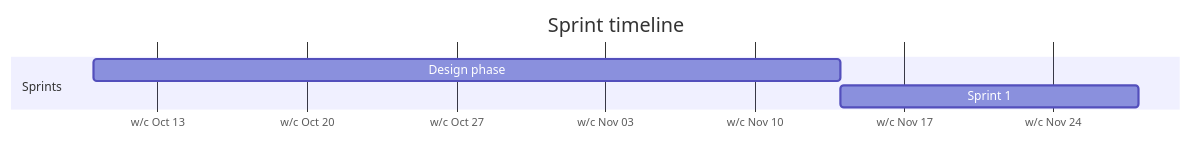
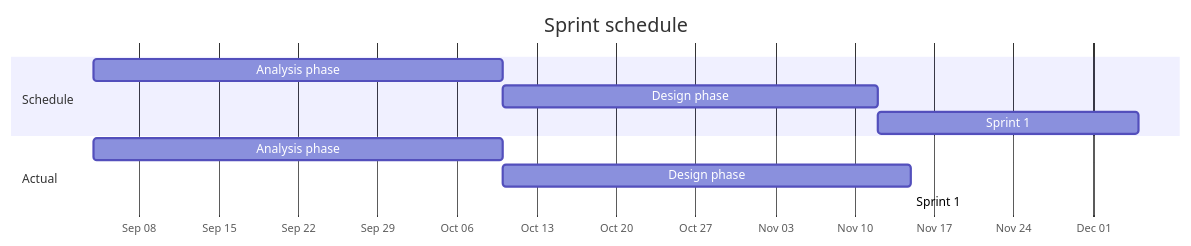
The seventh of 8 diagrams in docs/readme.md (RandomSearch18/a-level-project), drawn with Mermaid before and after one commit. The commit also changed other lines of this file, not shown here.

Commit message:
Add the actual due date to sprint schedule

````diff
--- a/docs/readme.md
+++ b/docs/readme.md
@@ -1359,10 +1361,15 @@
 ```mermaid
 gantt
-  title Sprint timeline
+  title Sprint schedule
   dateFormat YYYY-MM-DD
-  axisFormat w/c %b %d
+  axisFormat %b %d
   tickInterval 1week
-  section Sprints
-    Design phase: 2024-10-10, 2024-11-14
-    Sprint 1: 2024-11-14, 2024-11-28
+  section Schedule
+    Analysis phase: 2024-09-04, 2024-10-10
+    Design phase: 2024-10-10, 2024-11-12
+    Sprint 1: 2024-11-12, 2024-12-05
+  section Actual
+    Analysis phase: 2024-09-04, 2024-10-10
+    Design phase: 2024-10-10, 2024-11-15
+    Sprint 1: 2024-11-15
 ```
````
